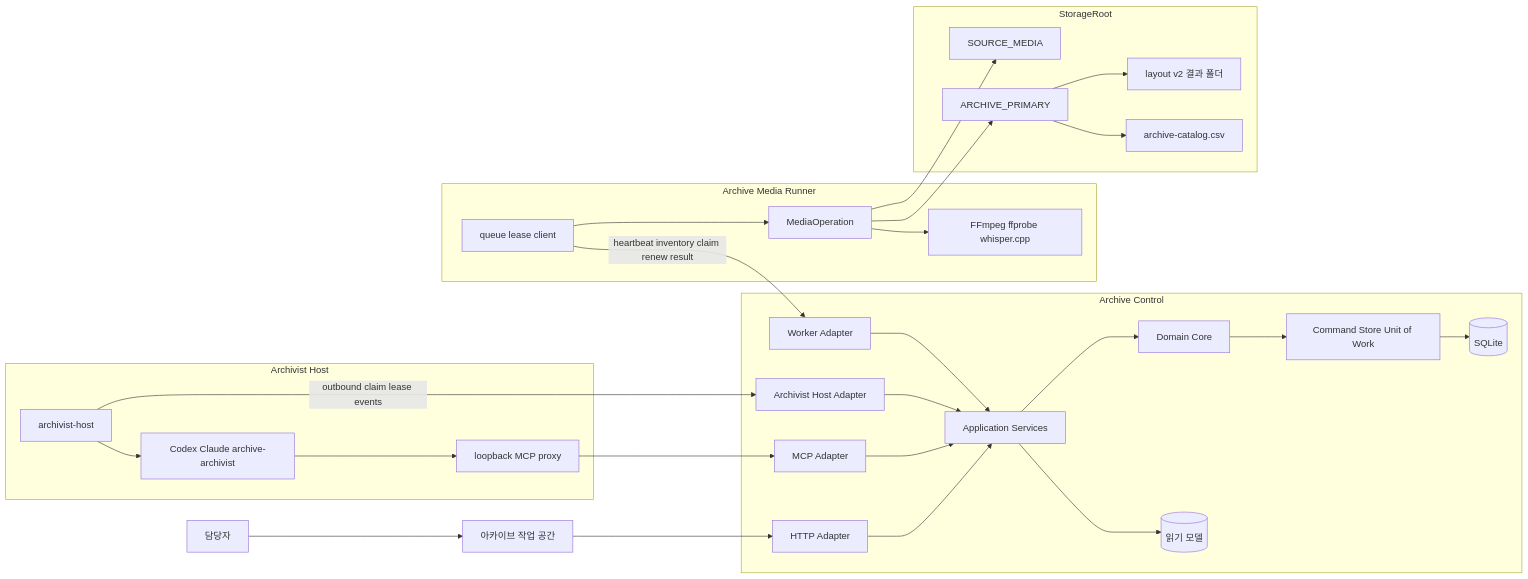
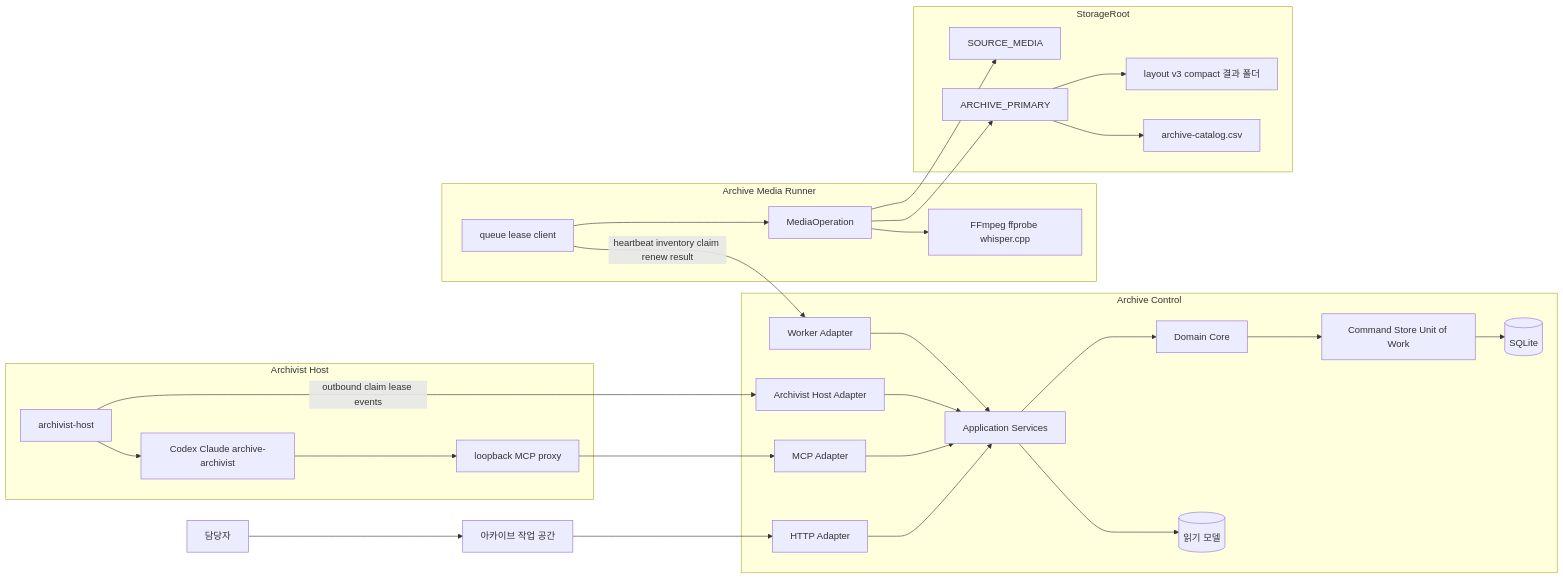
The first of 3 diagrams in docs/design/15-current-baseline.md (Jeon-HyeongJoon/Video-Production-Archive), drawn with Mermaid before and after one commit. The commit also changed other lines of this file and 19 other files, not shown here.

Commit message:
feat: compact archive package results

````diff
--- a/docs/design/15-current-baseline.md
+++ b/docs/design/15-current-baseline.md
@@ -18,41 +18,41 @@
 ```mermaid
 flowchart LR
     Human[담당자] --> Workspace[아카이브 작업 공간]
     Workspace --> HTTP[HTTP Adapter]
 
     subgraph Control[Archive Control]
         HTTP --> Services[Application Services]
         MCP[MCP Adapter] --> Services
         HostAPI[Archivist Host Adapter] --> Services
         WorkerAPI[Worker Adapter] --> Services
         Services --> Core[Domain Core]
         Core --> UOW[Command Store Unit of Work]
         UOW --> DB[(SQLite)]
         Services --> ReadModel[(읽기 모델)]
     end
 
     subgraph MediaRunner[Archive Media Runner]
         Runner[queue lease client] --> Media[MediaOperation]
         Media --> Tools[FFmpeg ffprobe whisper.cpp]
     end
 
     subgraph Files[StorageRoot]
         Source[SOURCE_MEDIA]
         Archive[ARCHIVE_PRIMARY]
-        Package[layout v2 결과 폴더]
+        Package[layout v3 compact 결과 폴더]
         Catalog[archive-catalog.csv]
         Archive --> Package
         Archive --> Catalog
     end
 
     subgraph LocalArchivist[Archivist Host]
         Host[archivist-host] --> CLI[Codex Claude archive-archivist]
         CLI --> Proxy[loopback MCP proxy]
     end
 
     Runner -->|heartbeat inventory claim renew result| WorkerAPI
     Media --> Source
     Media --> Archive
     Host -->|outbound claim lease events| HostAPI
     Proxy --> MCP
 ```
````
